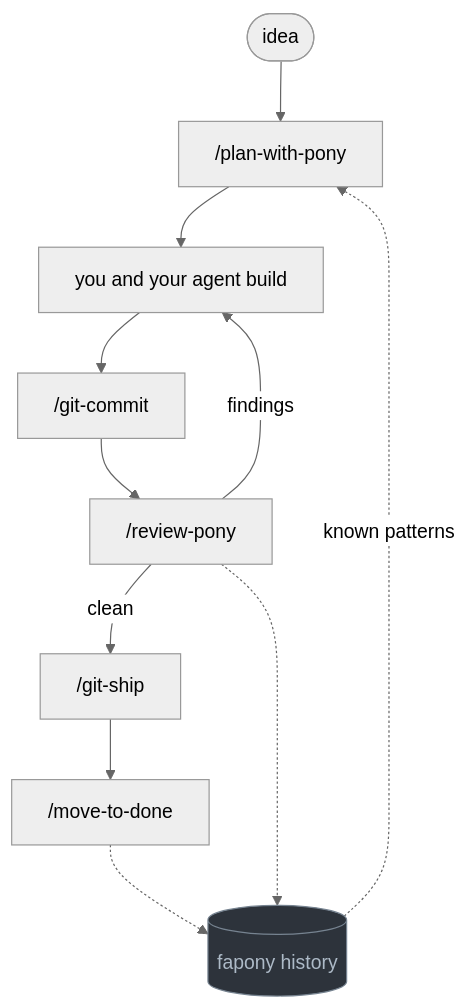
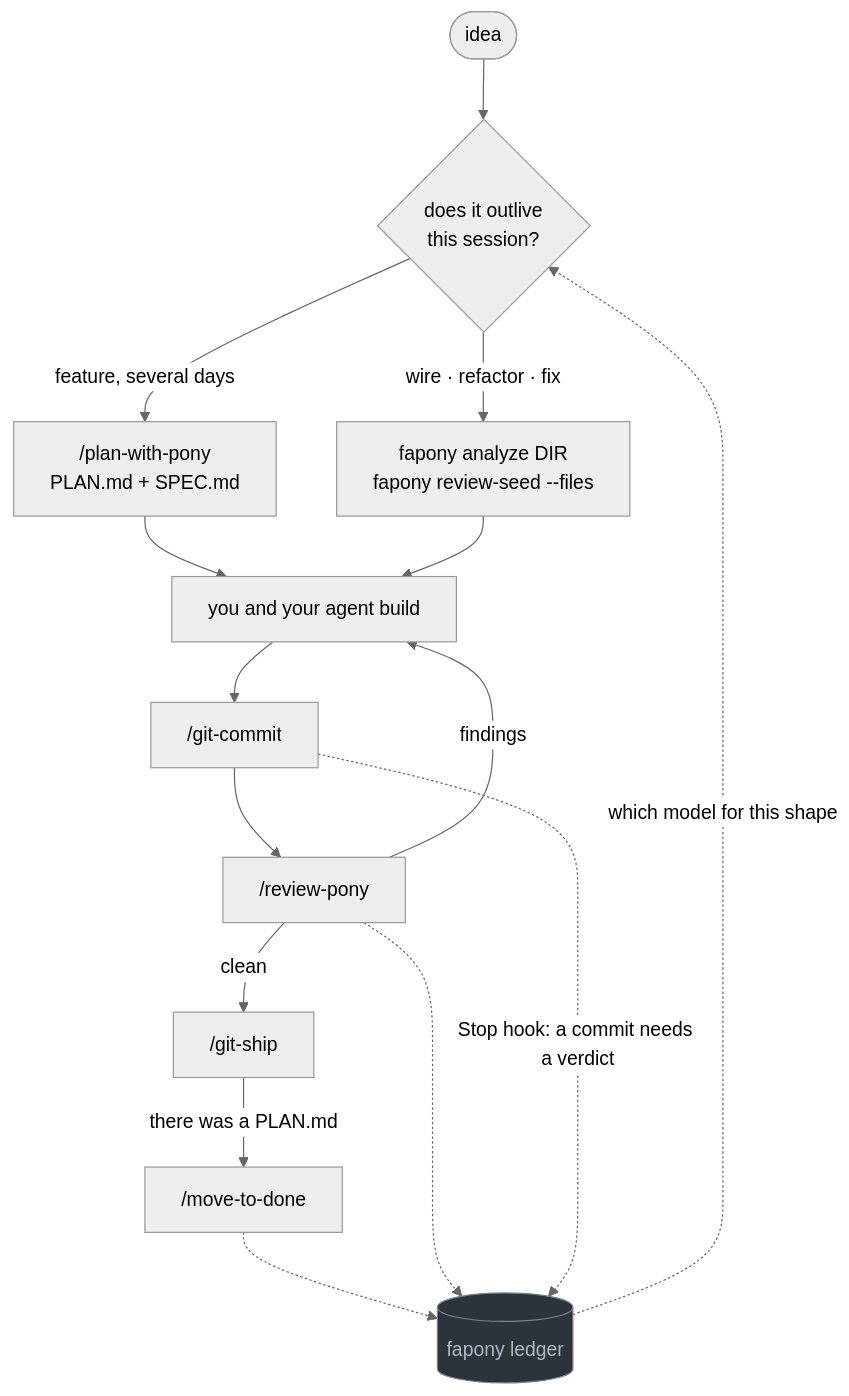
Before and after one commit to inonix-dev/fapony: the third of 3 diagrams in README.md, drawn with Mermaid (neutral theme). The commit also changed other lines of this file, not shown here.

First line of the commit message:
docs(readme): the skill flow forks before the plan, and the ledger feeds back model fit

````diff
--- a/README.md
+++ b/README.md
@@ -280,15 +280,19 @@
 ```mermaid
 flowchart TD
-    I([idea]) --> P["/plan-with-pony"]
+    I([idea]) --> Q{does it outlive<br/>this session?}
+    Q -->|"feature, several days"| P["/plan-with-pony<br/>PLAN.md + SPEC.md"]
+    Q -->|"wire · refactor · fix"| Z["fapony analyze DIR<br/>fapony review-seed --files"]
     P --> W[you and your agent build]
+    Z --> W
     W --> C["/git-commit"]
     C --> R["/review-pony"]
     R -->|findings| W
     R -->|clean| S["/git-ship"]
-    S --> D["/move-to-done"]
-    D -.-> H[(fapony history)]
+    S -->|"there was a PLAN.md"| D["/move-to-done"]
+    D -.-> H[(fapony ledger)]
     R -.-> H
-    H -.->|known patterns| P
+    C -.->|"Stop hook: a commit needs a verdict"| H
+    H -.->|"which model for this shape"| Q
 
     style H fill:#2d333b,stroke:#768390,color:#adbac7
 ```
````
